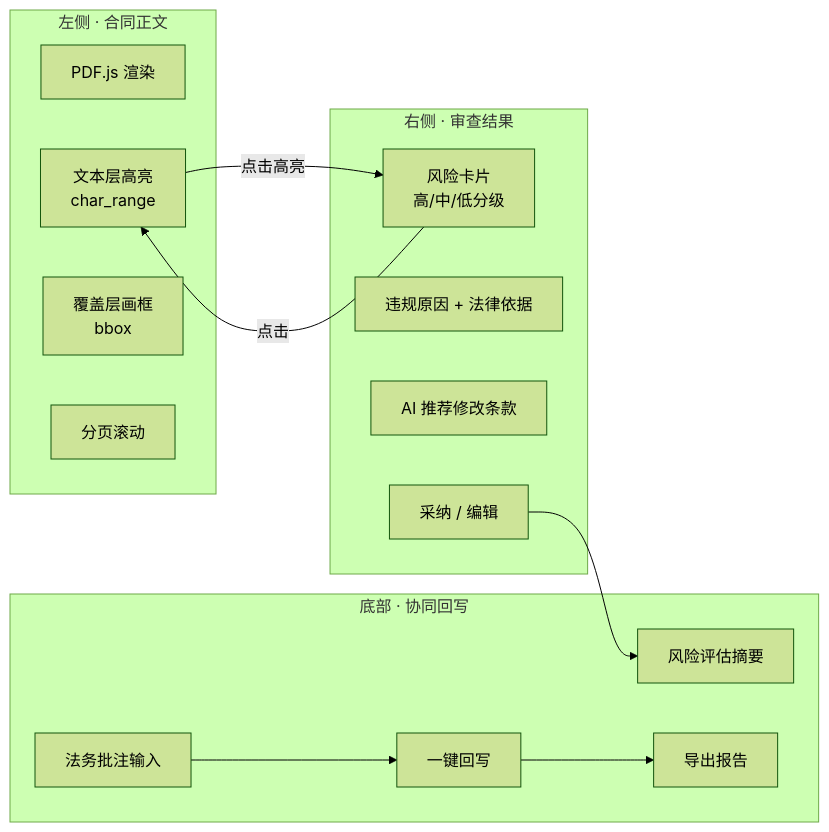
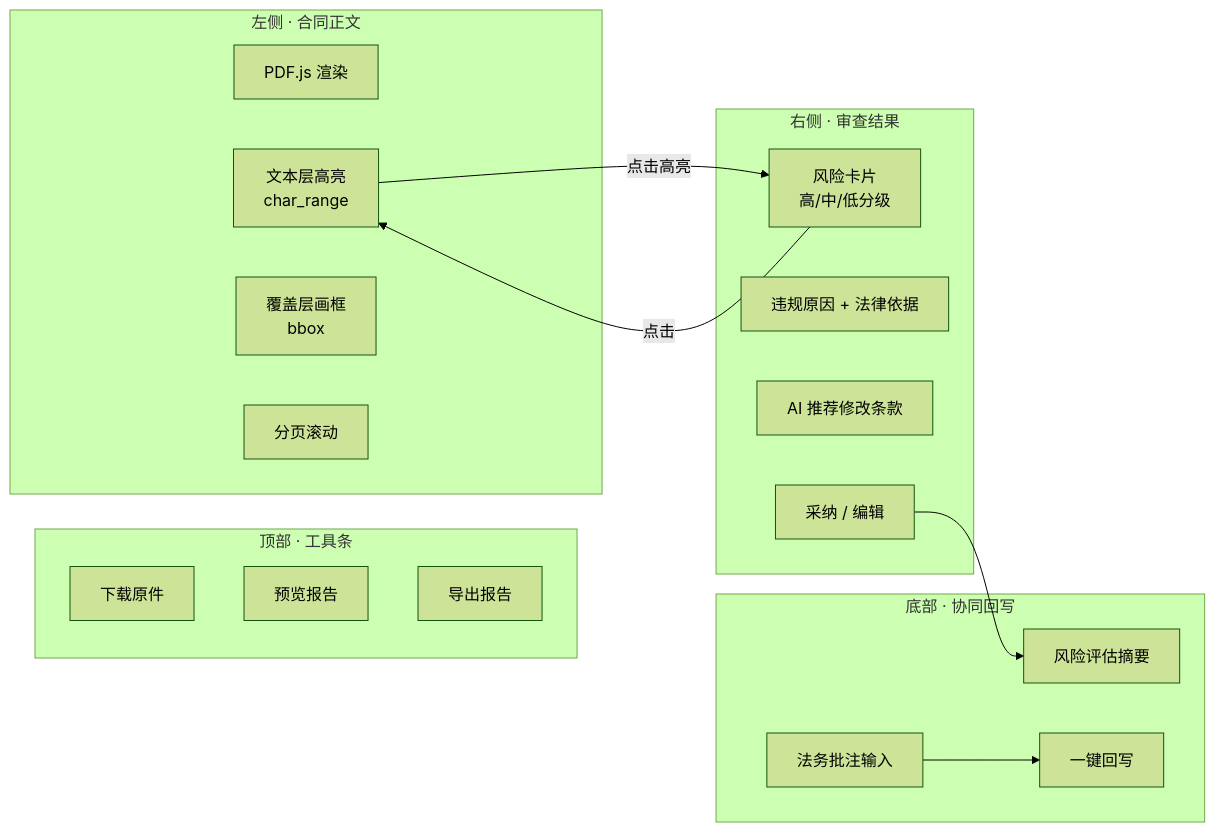
Before and after one commit to of53052/contract-approval-and-review-system: diagram 18 of 21 in docs/architecture.md, drawn with Mermaid (forest theme). The commit also changed other lines of this file and 6 other files, not shown here.

````diff
--- a/docs/architecture.md
+++ b/docs/architecture.md
@@ -877,29 +877,33 @@
 ```mermaid
 flowchart LR
+    subgraph TOP["顶部 · 工具条"]
+        T1["下载原件"]
+        T2["预览报告"]
+        T3["导出报告"]
+    end
+
     subgraph LEFT["左侧 · 合同正文"]
         L1["PDF.js 渲染"]
         L2["文本层高亮<br/>char_range"]
         L3["覆盖层画框<br/>bbox"]
         L4["分页滚动"]
     end
 
     subgraph RIGHT["右侧 · 审查结果"]
         R1["风险卡片<br/>高/中/低分级"]
         R2["违规原因 + 法律依据"]
         R3["AI 推荐修改条款"]
         R4["采纳 / 编辑"]
     end
 
     subgraph BOTTOM["底部 · 协同回写"]
         B1["风险评估摘要"]
         B2["法务批注输入"]
         B3["一键回写"]
-        B4["导出报告"]
     end
 
     R1 -->|"点击"| L2
     L2 -->|"点击高亮"| R1
     R4 --> B1
     B2 --> B3
-    B3 --> B4
 ```
````
